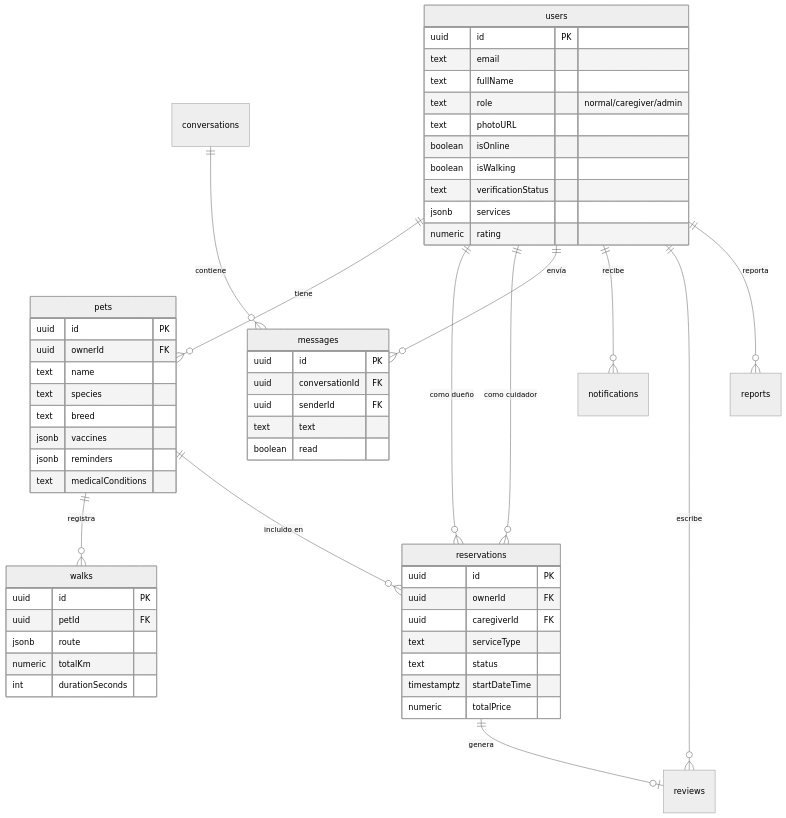
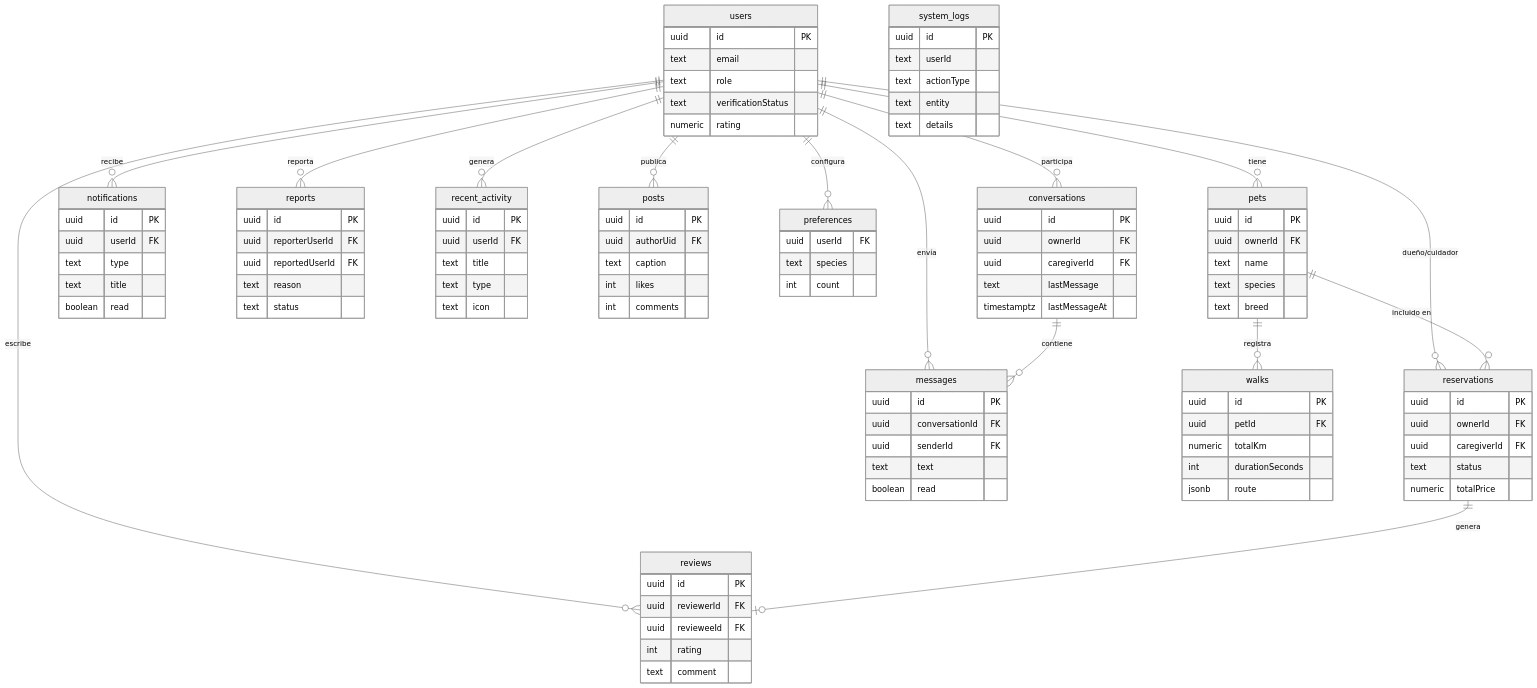
Before and after one commit to msabbar02/PawMate: the sixth of 16 diagrams in TECNICA.md, drawn with Mermaid (neutral theme). The commit also changed other lines of this file and 7 other files, not shown here.

Commit message:
fix: caregiver counters, hotelPrice column, withdraw modal, pet name refresh, smaller home shortcuts; docs: ER diagram + cleanup TECNICA

````diff
--- a/TECNICA.md
+++ b/TECNICA.md
@@ -165,27 +164,25 @@
 ```mermaid
 erDiagram
     users ||--o{ pets : "tiene"
-    users ||--o{ reservations : "como dueño"
-    users ||--o{ reservations : "como cuidador"
+    users ||--o{ reservations : "dueño/cuidador"
     users ||--o{ messages : "envía"
     users ||--o{ notifications : "recibe"
     users ||--o{ reviews : "escribe"
     users ||--o{ reports : "reporta"
+    users ||--o{ recent_activity : "genera"
+    users ||--o{ posts : "publica"
+    users ||--o{ preferences : "configura"
     pets  ||--o{ walks : "registra"
     pets  ||--o{ reservations : "incluido en"
     reservations ||--o| reviews : "genera"
     conversations ||--o{ messages : "contiene"
+    users ||--o{ conversations : "participa"
 
     users {
         uuid id PK
         text email
-        text fullName
-        text role "normal/caregiver/admin"
-        text photoURL
-        boolean isOnline
-        boolean isWalking
+        text role
         text verificationStatus
-        jsonb services
         numeric rating
     }
     pets {
@@ -194,25 +191,20 @@
         text name
         text species
         text breed
-        jsonb vaccines
-        jsonb reminders
-        text medicalConditions
     }
     reservations {
         uuid id PK
         uuid ownerId FK
         uuid caregiverId FK
-        text serviceType
         text status
-        timestamptz startDateTime
         numeric totalPrice
     }
-    walks {
+    conversations {
         uuid id PK
-        uuid petId FK
-        jsonb route
-        numeric totalKm
-        int durationSeconds
+        uuid ownerId FK
+        uuid caregiverId FK
+        text lastMessage
+        timestamptz lastMessageAt
     }
     messages {
         uuid id PK
@@ -221,4 +213,58 @@
         text text
         boolean read
     }
+    notifications {
+        uuid id PK
+        uuid userId FK
+        text type
+        text title
+        boolean read
+    }
+    reviews {
+        uuid id PK
+        uuid reviewerId FK
+        uuid revieweeId FK
+        int rating
+        text comment
+    }
+    walks {
+        uuid id PK
+        uuid petId FK
+        numeric totalKm
+        int durationSeconds
+        jsonb route
+    }
+    reports {
+        uuid id PK
+        uuid reporterUserId FK
+        uuid reportedUserId FK
+        text reason
+        text status
+    }
+    recent_activity {
+        uuid id PK
+        uuid userId FK
+        text title
+        text type
+        text icon
+    }
+    system_logs {
+        uuid id PK
+        text userId
+        text actionType
+        text entity
+        text details
+    }
+    posts {
+        uuid id PK
+        uuid authorUid FK
+        text caption
+        int likes
+        int comments
+    }
+    preferences {
+        uuid userId FK
+        text species
+        int count
+    }
 ```
````
